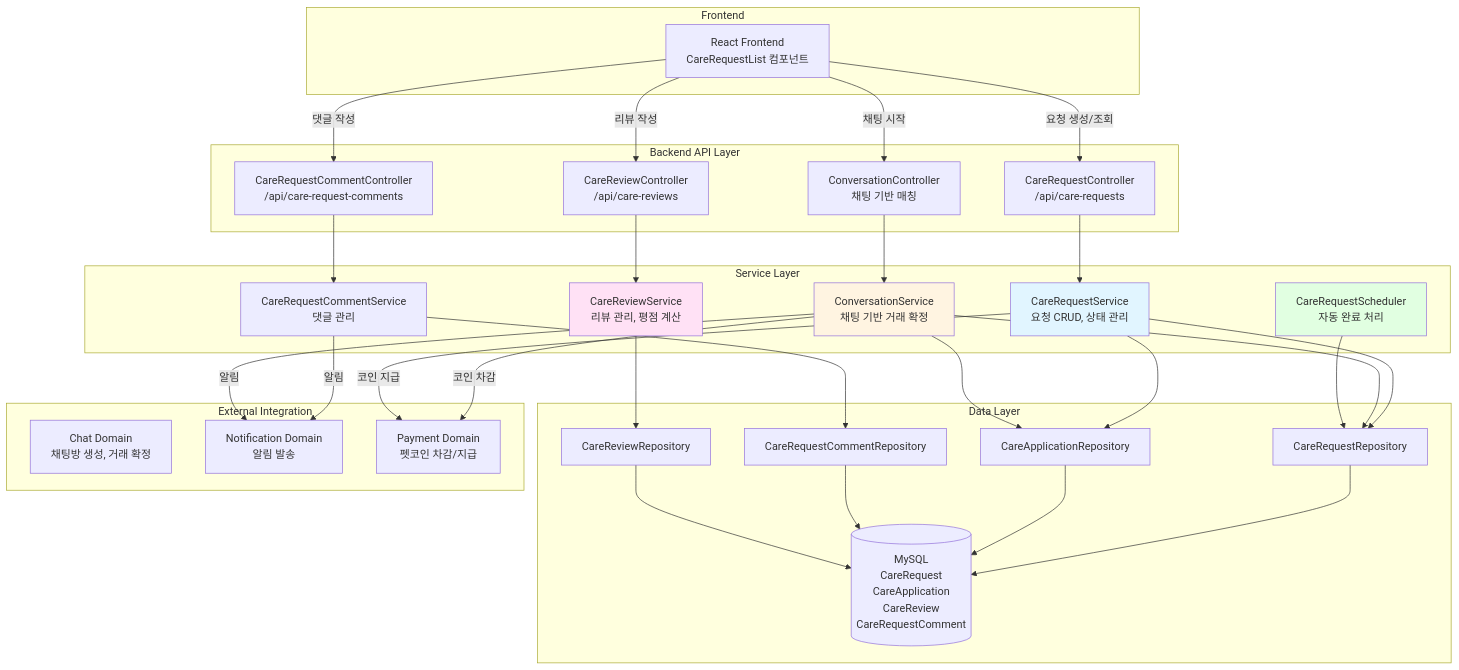
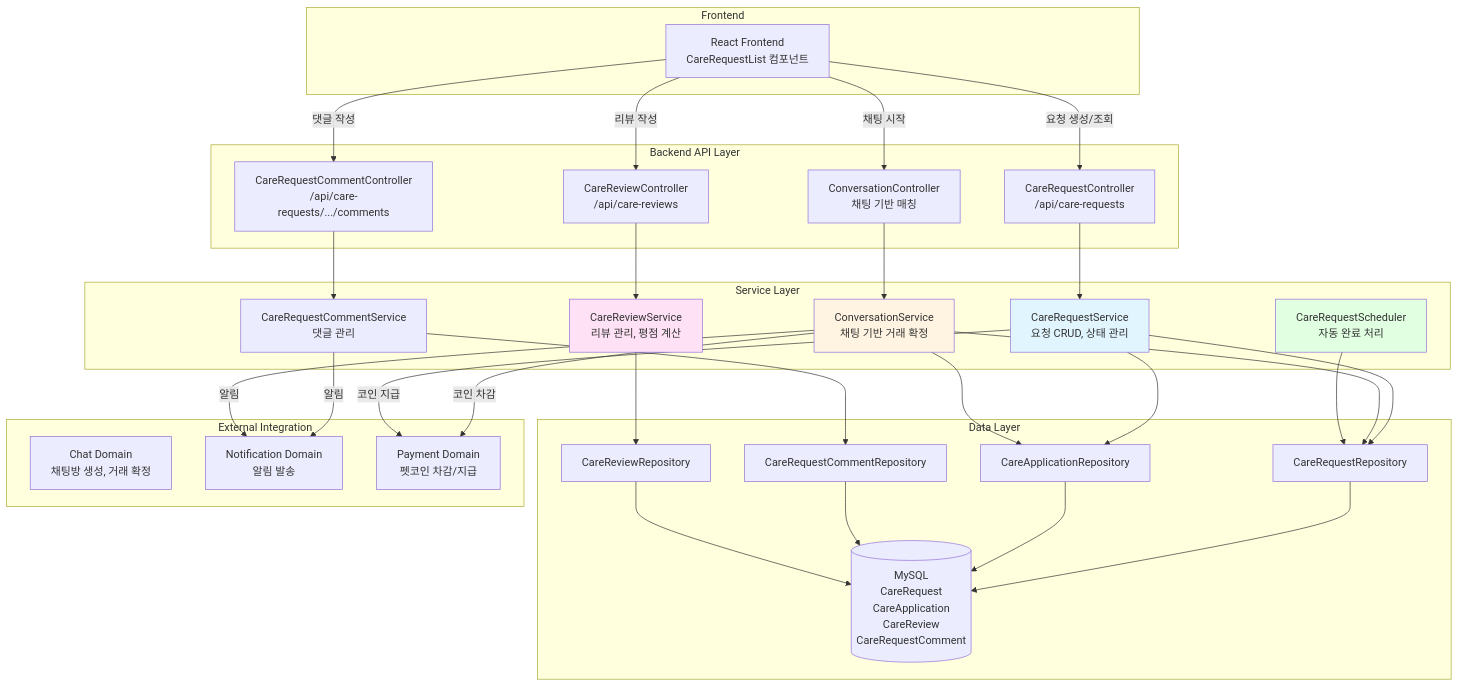
Before and after one commit to makkong1/Petory: the first of 4 diagrams in docs/architecture/펫 케어 & 매칭 아키텍처.md, drawn with Mermaid. The commit also changed other lines of this file and 12 other files, not shown here.

Commit message:
docs(architecture): 도메인 아키텍처 문서를 최신 코드·API와 동기화

````diff
--- a/docs/architecture/펫 케어 & 매칭 아키텍처.md
+++ b/docs/architecture/펫 케어 & 매칭 아키텍처.md
@@ -11,70 +11,70 @@
 ```mermaid
 graph TB
     subgraph "Frontend"
         FE[React Frontend<br/>CareRequestList 컴포넌트]
     end
     
     subgraph "Backend API Layer"
         CRC[CareRequestController<br/>/api/care-requests]
-        CRCC[CareRequestCommentController<br/>/api/care-request-comments]
+        CRCC[CareRequestCommentController<br/>/api/care-requests/.../comments]
         CRVC[CareReviewController<br/>/api/care-reviews]
         CC[ConversationController<br/>채팅 기반 매칭]
     end
     
     subgraph "Service Layer"
         CRS[CareRequestService<br/>요청 CRUD, 상태 관리]
         CRCS[CareRequestCommentService<br/>댓글 관리]
         CRVS[CareReviewService<br/>리뷰 관리, 평점 계산]
         CS[ConversationService<br/>채팅 기반 거래 확정]
         CRSCH[CareRequestScheduler<br/>자동 완료 처리]
     end
     
     subgraph "Data Layer"
         CRR[CareRequestRepository]
         CAR[CareApplicationRepository]
         CRCR[CareRequestCommentRepository]
         CRVR[CareReviewRepository]
         MySQL[(MySQL<br/>CareRequest<br/>CareApplication<br/>CareReview<br/>CareRequestComment)]
     end
     
     subgraph "External Integration"
         CHAT[Chat Domain<br/>채팅방 생성, 거래 확정]
         NOTI[Notification Domain<br/>알림 발송]
         PAYMENT[Payment Domain<br/>펫코인 차감/지급]
     end
     
     FE -->|요청 생성/조회| CRC
     FE -->|댓글 작성| CRCC
     FE -->|리뷰 작성| CRVC
     FE -->|채팅 시작| CC
     
     CRC --> CRS
     CRCC --> CRCS
     CRVC --> CRVS
     CC --> CS
     
     CRS --> CRR
     CRS --> CAR
     CRCS --> CRCR
     CRVS --> CRVR
     
     CS --> CAR
     CS --> CRR
     
     CRSCH --> CRR
     
     CRR --> MySQL
     CAR --> MySQL
     CRCR --> MySQL
     CRVR --> MySQL
     
     CRCS -->|알림| NOTI
     CS -->|알림| NOTI
     CS -->|코인 차감| PAYMENT
     CRS -->|코인 지급| PAYMENT
     
     style CRS fill:#e1f5ff
     style CS fill:#fff4e1
     style CRVS fill:#ffe1f5
     style CRSCH fill:#e1ffe1
 ```
````
